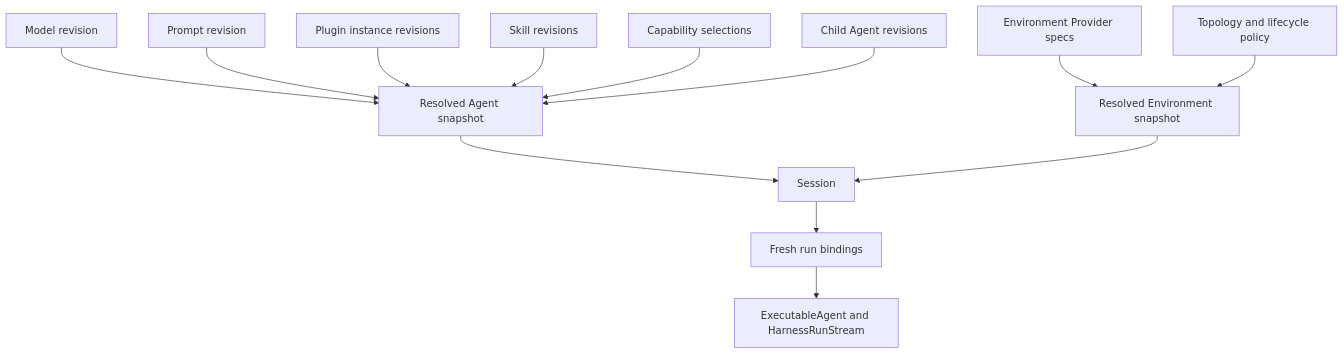
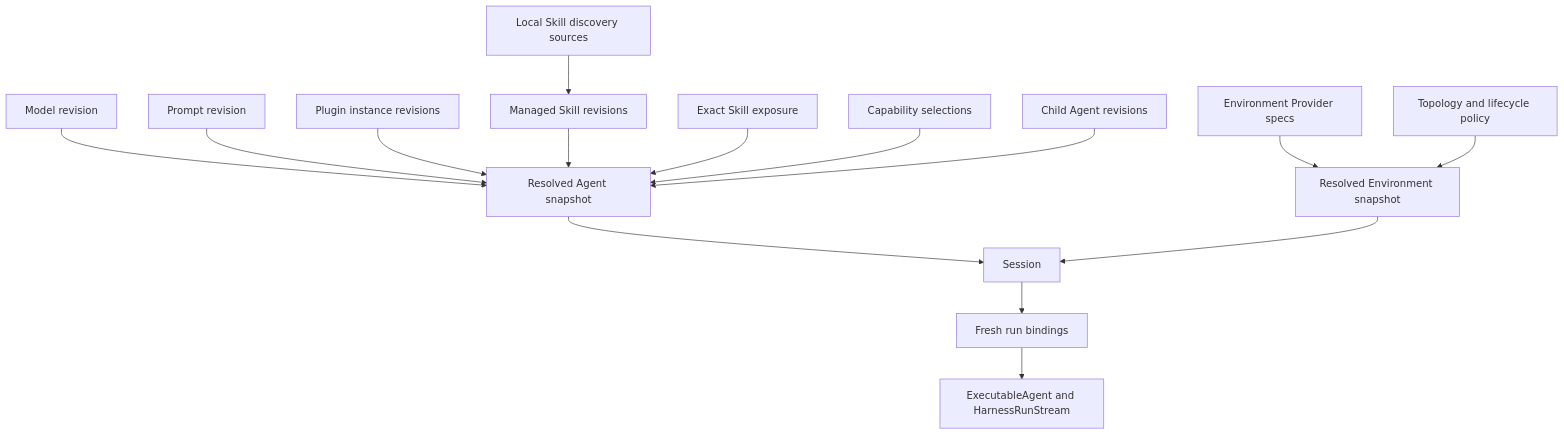
One commit to LTThreeComma/agent-foundation changed the first of 3 diagrams in spec/agent-ui/00-overview.md. Above: the diagram before and after it, drawn with Mermaid. The commit also changed other lines of this file and 48 other files, not shown here.

First line of the commit message:
feat(runtime): add environment attachments and bound skill discovery

````diff
--- a/spec/agent-ui/00-overview.md
+++ b/spec/agent-ui/00-overview.md
@@ -23,23 +23,26 @@
 ```mermaid
 flowchart TB
     Model[Model revision]
     Prompt[Prompt revision]
     Plugins[Plugin instance revisions]
-    Skills[Skill revisions]
+    SkillSources[Local Skill discovery sources]
+    Skills[Managed Skill revisions]
+    SkillExposure[Exact Skill exposure]
     Caps[Capability selections]
     Children[Child Agent revisions]
     Agent[Resolved Agent snapshot]
 
     Provider[Environment Provider specs]
     Policy[Topology and lifecycle policy]
     Environment[Resolved Environment snapshot]
 
     Session[Session]
     Runtime[Fresh run bindings]
     Harness[ExecutableAgent and HarnessRunStream]
 
-    Model & Prompt & Plugins & Skills & Caps & Children --> Agent
+    SkillSources --> Skills
+    Model & Prompt & Plugins & Skills & SkillExposure & Caps & Children --> Agent
     Provider & Policy --> Environment
     Agent & Environment --> Session
     Session --> Runtime --> Harness
 ```
````
